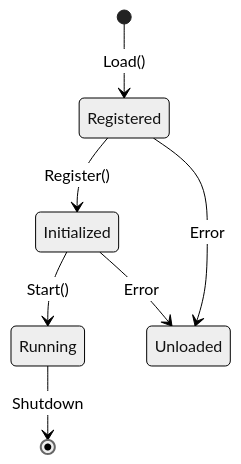
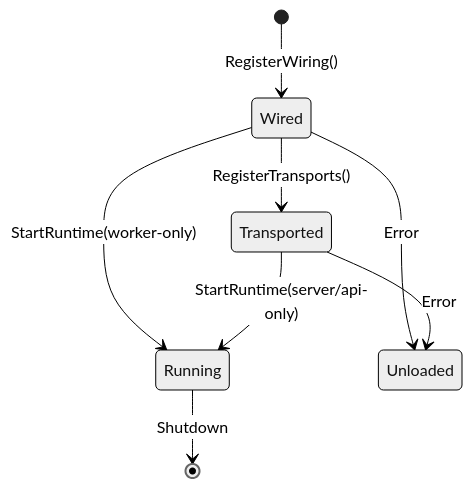
One commit to iota-uz/iota-sdk changed the first of 13 diagrams in docs/content/architecture/module-system.mdx. Above: the diagram before and after it, drawn with Mermaid (neutral theme). The commit also changed other lines of this file and 36 other files, not shown here.

Commit message:
refactor: decouple wiring from runtime startup

````diff
--- a/docs/content/architecture/module-system.mdx
+++ b/docs/content/architecture/module-system.mdx
@@ -12,10 +12,11 @@
 ```mermaid
 stateDiagram-v2
-    [*] --> Registered: Load()
-    Registered --> Initialized: Register()
-    Initialized --> Running: Start()
+    [*] --> Wired: RegisterWiring()
+    Wired --> Transported: RegisterTransports()
+    Wired --> Running: StartRuntime(worker-only)
+    Transported --> Running: StartRuntime(server/api-only)
     Running --> [*]: Shutdown
      
-    Registered --> Unloaded: Error
-    Initialized --> Unloaded: Error
+    Wired --> Unloaded: Error
+    Transported --> Unloaded: Error
 ```
````
